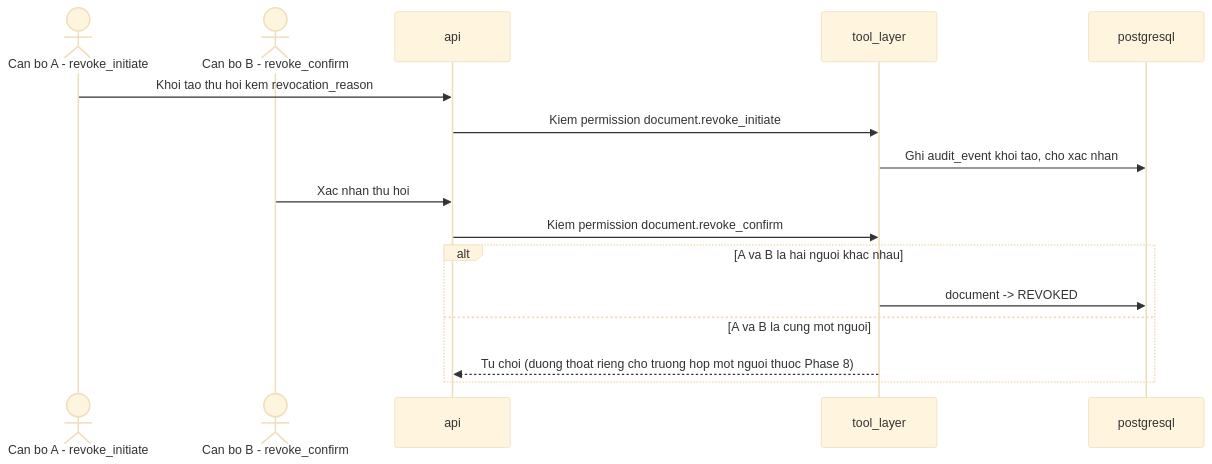
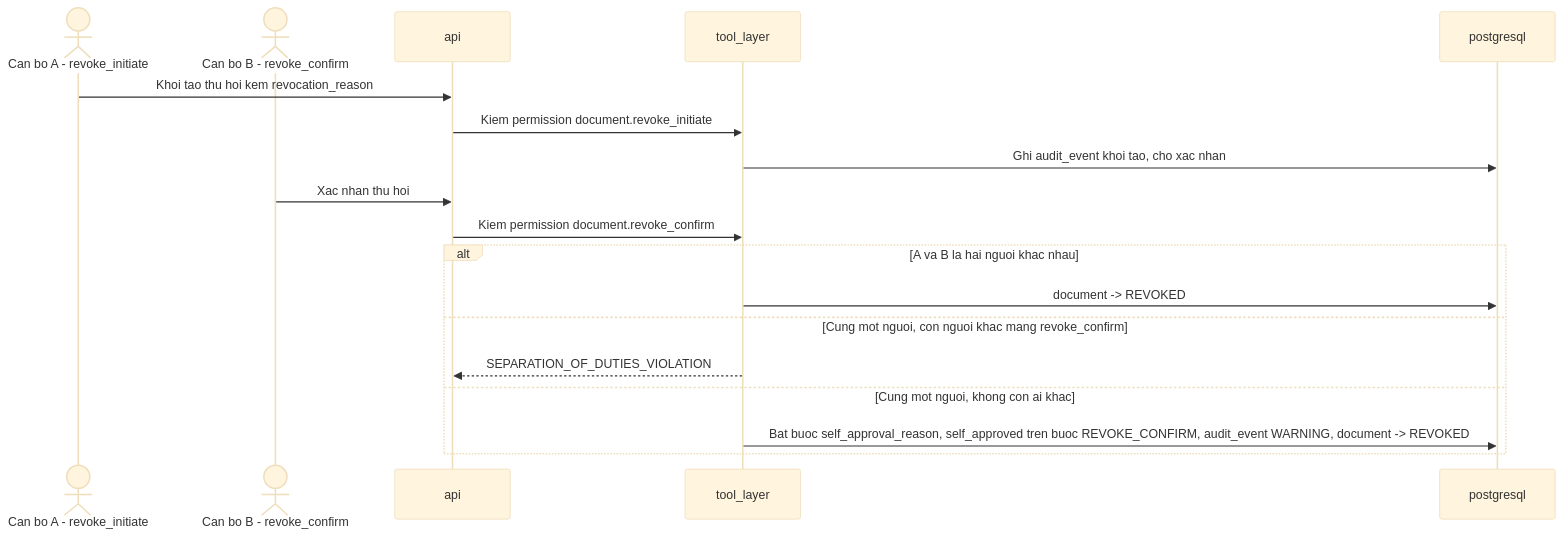
One commit to CongDuc02/AdminServiceDeskAgent changed the tenth of 11 diagrams in docs/design/02-architecture.md. Above: the diagram before and after it, drawn with Mermaid (base theme). The commit also changed other lines of this file and 16 other files, not shown here.

````diff
--- a/docs/design/02-architecture.md
+++ b/docs/design/02-architecture.md
@@ -441,19 +444,21 @@
 ```mermaid
 sequenceDiagram
     actor A as Can bo A - revoke_initiate
     actor B as Can bo B - revoke_confirm
     participant API as api
     participant TL as tool_layer
     participant DB as postgresql
 
     A->>API: Khoi tao thu hoi kem revocation_reason
     API->>TL: Kiem permission document.revoke_initiate
     TL->>DB: Ghi audit_event khoi tao, cho xac nhan
     B->>API: Xac nhan thu hoi
     API->>TL: Kiem permission document.revoke_confirm
     alt A va B la hai nguoi khac nhau
         TL->>DB: document -> REVOKED
-    else A va B la cung mot nguoi
-        TL-->>API: Tu choi (duong thoat rieng cho truong hop mot nguoi thuoc Phase 8)
+    else Cung mot nguoi, con nguoi khac mang revoke_confirm
+        TL-->>API: SEPARATION_OF_DUTIES_VIOLATION
+    else Cung mot nguoi, khong con ai khac
+        TL->>DB: Bat buoc self_approval_reason, self_approved tren buoc REVOKE_CONFIRM, audit_event WARNING, document -> REVOKED
     end
 ```
````
